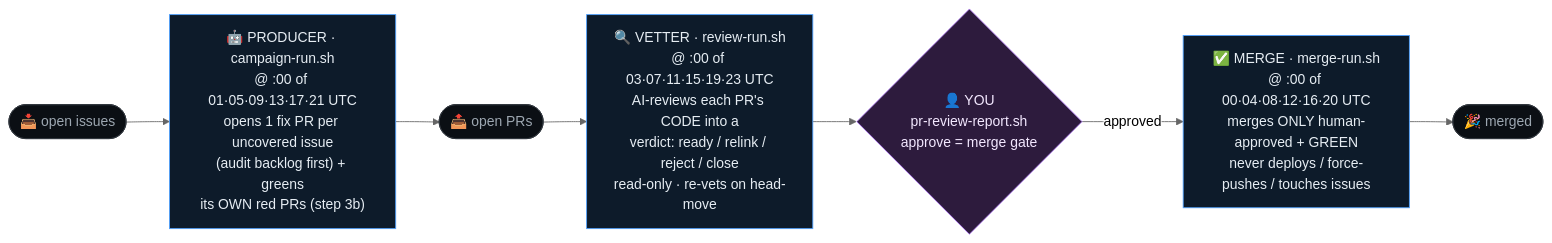
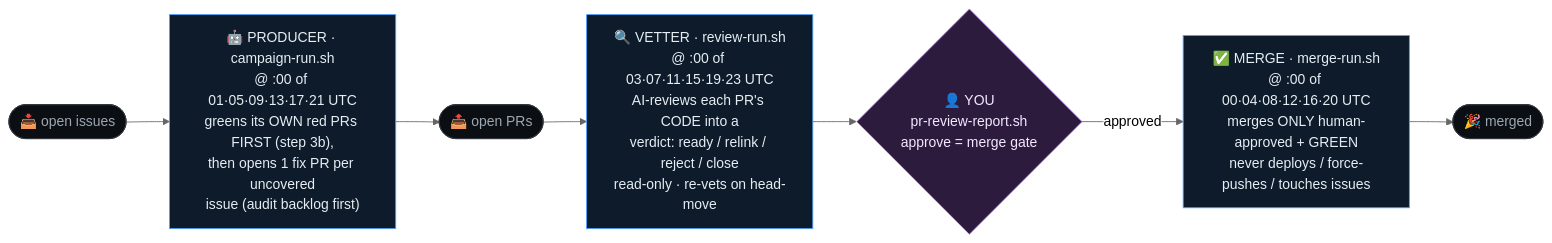
The diagram in README.md (rainlanguage/issue-pr-cron), drawn with Mermaid (neutral theme) before and after one commit. The commit also changed other lines of this file and 1 other file, not shown here.

First line of the commit message:
producer: finish EXISTING red PRs before opening new ones

````diff
--- a/README.md
+++ b/README.md
@@ -7,20 +7,20 @@
 ```mermaid
 flowchart LR
     ISS([📥 open issues])
-    PROD["🤖 PRODUCER · campaign-run.sh<br/>@ :00 of 01·05·09·13·17·21 UTC<br/>opens 1 fix PR per uncovered issue<br/>(audit backlog first) + greens<br/>its OWN red PRs (step 3b)"]
+    PROD["🤖 PRODUCER · campaign-run.sh<br/>@ :00 of 01·05·09·13·17·21 UTC<br/>greens its OWN red PRs FIRST (step 3b),<br/>then opens 1 fix PR per uncovered<br/>issue (audit backlog first)"]
     PRS([📤 open PRs])
     VET["🔍 VETTER · review-run.sh<br/>@ :00 of 03·07·11·15·19·23 UTC<br/>AI-reviews each PR's CODE into a<br/>verdict: ready / relink / reject / close<br/>read-only · re-vets on head-move"]
     HUM{"👤 YOU<br/>pr-review-report.sh<br/>approve = merge gate"}
     MERGE["✅ MERGE · merge-run.sh<br/>@ :00 of 00·04·08·12·16·20 UTC<br/>merges ONLY human-approved + GREEN<br/>never deploys / force-pushes / touches issues"]
     DONE([🎉 merged])
 
     ISS --> PROD --> PRS --> VET --> HUM
     HUM -->|approved| MERGE --> DONE
 
     class PROD,VET,MERGE cron
     class ISS,PRS,DONE data
     class HUM human
     classDef cron fill:#0d1b2a,stroke:#4ea1ff,color:#e6edf3
     classDef data fill:#0b0f14,stroke:#30363d,color:#9da7b1
     classDef human fill:#2d1b3d,stroke:#bb86fc,color:#f3e8ff
 ```
````
